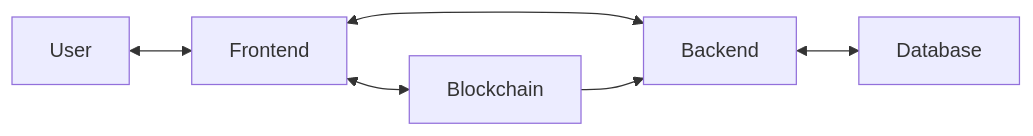
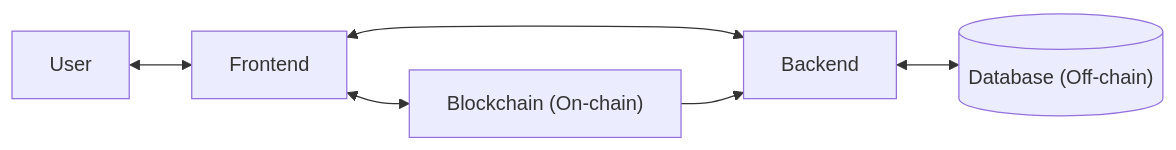
The diagram in README.md (Ghorbel37/Tunichain), drawn with Mermaid before and after one commit. The commit also changed other lines of this file, not shown here.

````diff
--- a/README.md
+++ b/README.md
@@ -71,8 +68,8 @@
 ```mermaid
 flowchart LR
     U[User] <--> F[Frontend]
     F <--> B[Backend]
-    F <--> BC[Blockchain]
-    B[Backend] <--> DB[Database]
+    F <--> BC["Blockchain (On-chain)"]
+    B[Backend] <--> DB[("Database (Off-chain)")]
     BC --> B
 ```
````
